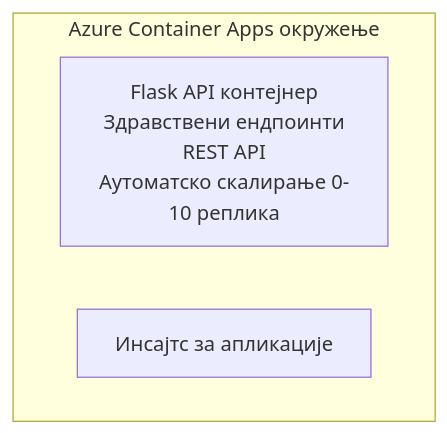
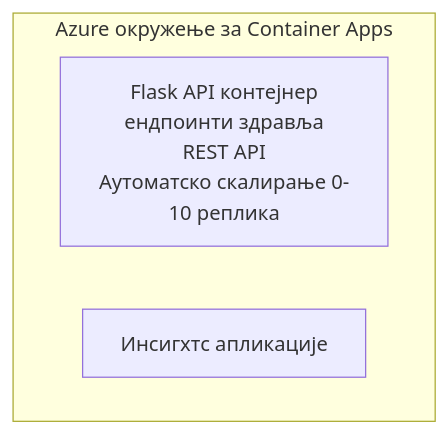
One commit to microsoft/AZD-for-beginners changed the diagram in translations/sr/examples/container-app/simple-flask-api/README.md. Above: the diagram before and after it, drawn with Mermaid. The commit also changed other lines of this file and 104 other files, not shown here.

````diff
--- a/translations/sr/examples/container-app/simple-flask-api/README.md
+++ b/translations/sr/examples/container-app/simple-flask-api/README.md
@@ -26,7 +26,7 @@
 ```mermaid
 graph TD
-    subgraph ACA[Azure Container Apps окружење]
-        Flask[Flask API контејнер<br/>Здравствени ендпоинти<br/>REST API<br/>Аутоматско скалирање 0-10 реплика]
-        AppInsights[Инсајтс за апликације]
+    subgraph ACA[Azure окружење за Container Apps]
+        Flask[Flask API контејнер<br/>ендпоинти здравља<br/>REST API<br/>Аутоматско скалирање 0-10 реплика]
+        AppInsights[Инсигхтс апликације]
     end
 ```
````
